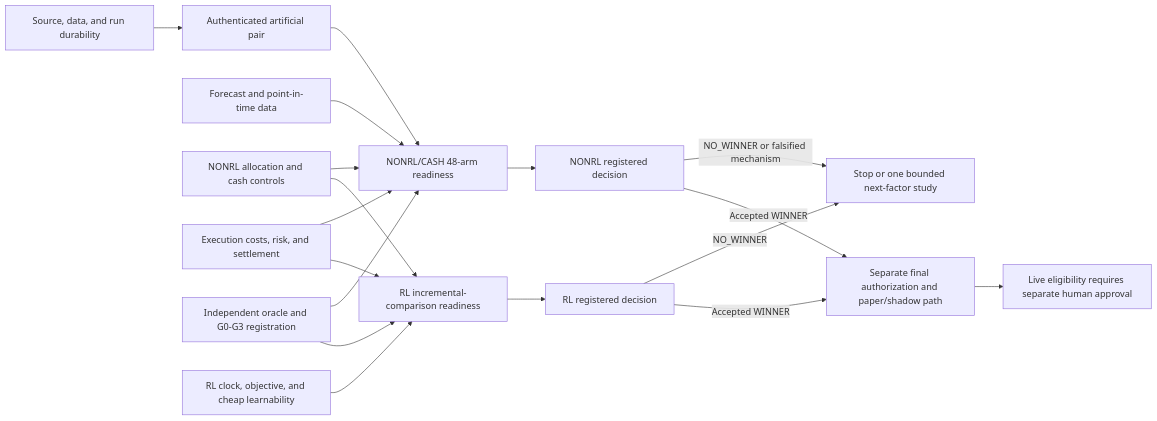
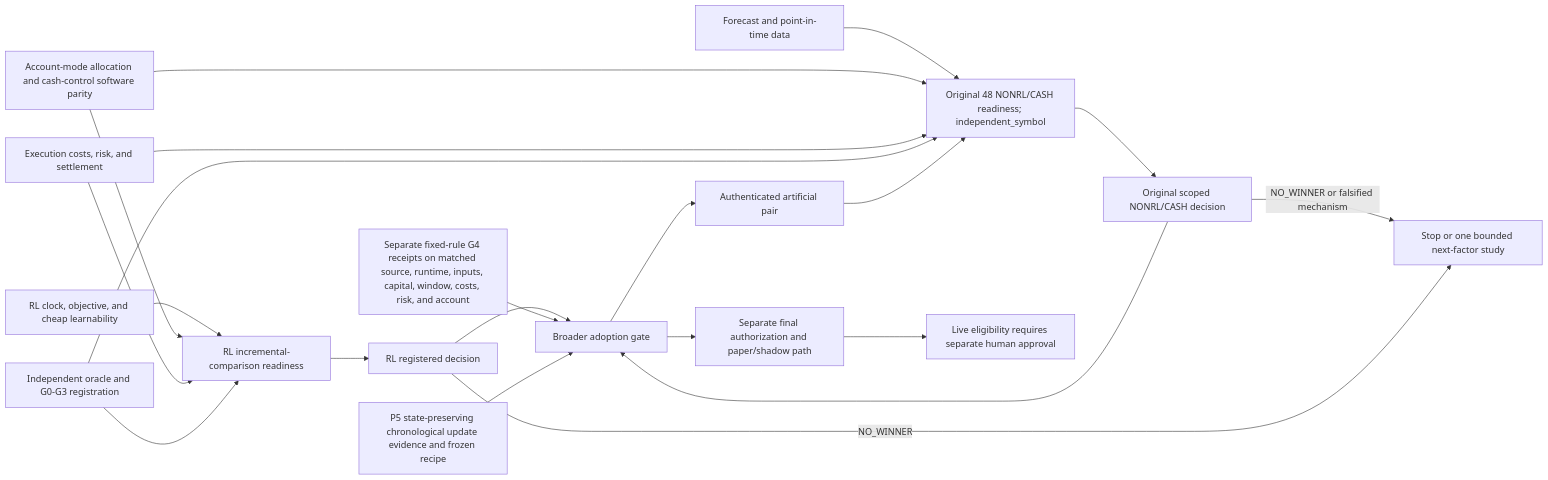
The diagram in docs/plans/issue810-profitability-program.md (shuntatsu/trade_rl), drawn with Mermaid before and after one commit. The commit also changed other lines of this file and 1 other file, not shown here.

Commit message:
docs(issue810): scope original controls and adoption gates

````diff
--- a/docs/plans/issue810-profitability-program.md
+++ b/docs/plans/issue810-profitability-program.md
@@ -31,20 +31,23 @@
 ```mermaid
 flowchart LR
     A[Source, data, and run durability] --> I[Authenticated artificial pair]
-    B[Forecast and point-in-time data] --> N[NONRL/CASH 48-arm readiness]
-    C[NONRL allocation and cash controls] --> N
+    B[Forecast and point-in-time data] --> N[Original 48 NONRL/CASH readiness; independent_symbol]
+    C[Account-mode allocation and cash-control software parity] --> N
     E[Execution costs, risk, and settlement] --> N
     F[Independent oracle and G0-G3 registration] --> N
     I --> N
     D[RL clock, objective, and cheap learnability] --> R[RL incremental-comparison readiness]
     C --> R
     E --> R
     F --> R
-    N --> P[NONRL registered decision]
+    N --> P[Original scoped NONRL/CASH decision]
     R --> Q[RL registered decision]
     P -->|NO_WINNER or falsified mechanism| S[Stop or one bounded next-factor study]
     Q -->|NO_WINNER| S
-    P -->|Accepted WINNER| T[Separate final authorization and paper/shadow path]
-    Q -->|Accepted WINNER| T
+    P --> A[Broader adoption gate]
+    Q --> A
+    H[Separate fixed-rule G4 receipts on matched source, runtime, inputs, capital, window, costs, risk, and account] --> A
+    J[P5 state-preserving chronological update evidence and frozen recipe] --> A
+    A --> T[Separate final authorization and paper/shadow path]
     T --> U[Live eligibility requires separate human approval]
 ```
````
